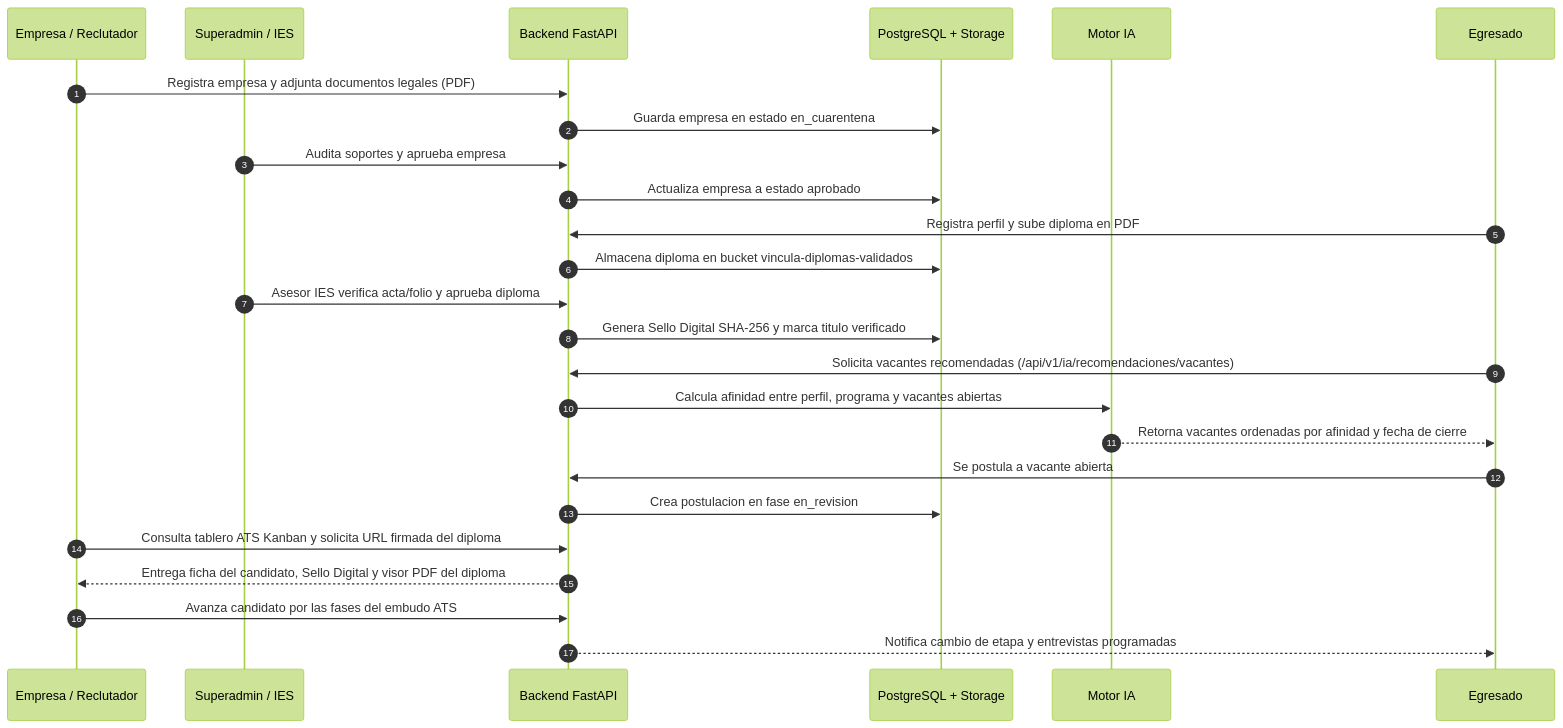
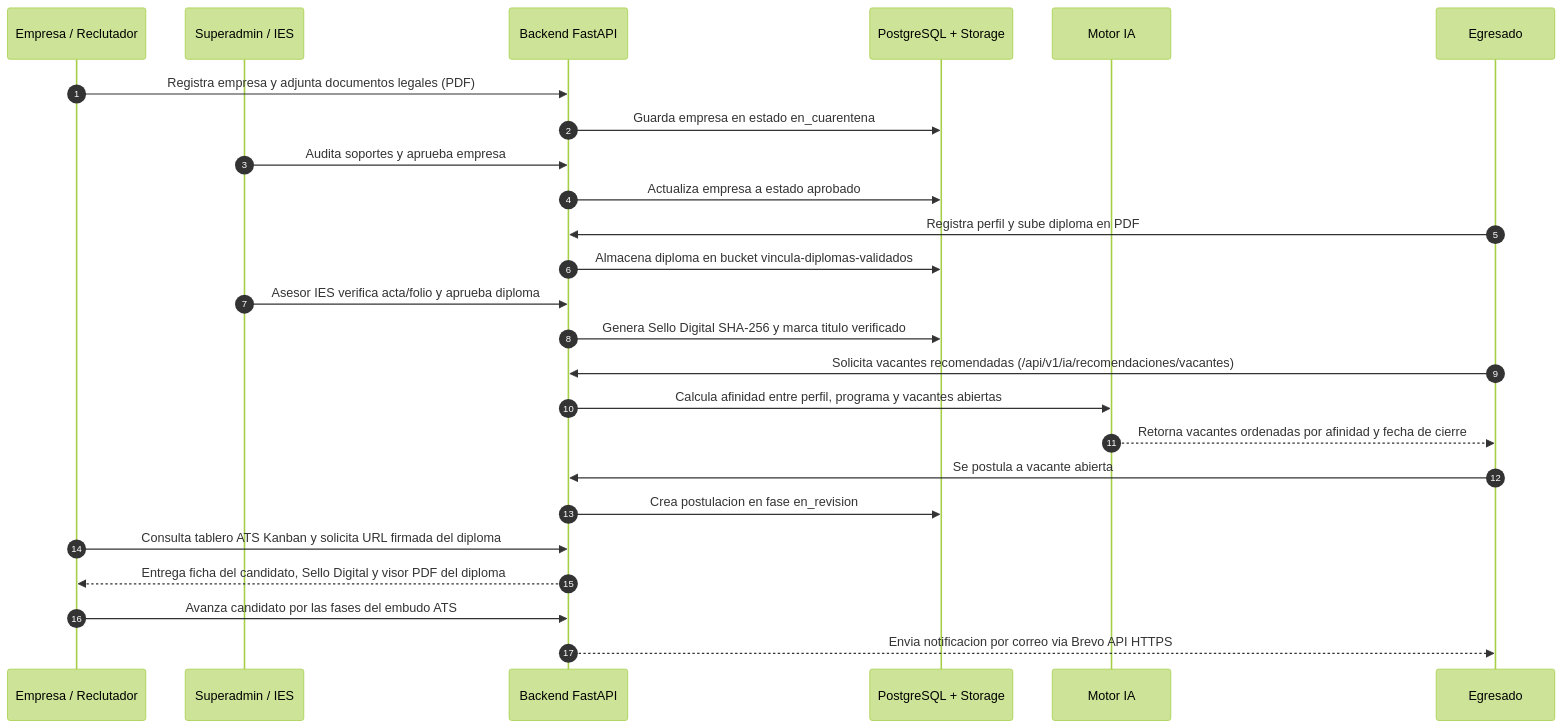
The third of 3 diagrams in docs/diagrama_arquitectura_vincula.md (JaiderBadillo/Vincula), drawn with Mermaid (forest theme) before and after one commit. The commit also changed other lines of this file, not shown here.

Commit message:
docs: remove legacy n8n reference from software architecture diagram

````diff
--- a/docs/diagrama_arquitectura_vincula.md
+++ b/docs/diagrama_arquitectura_vincula.md
@@ -147,31 +145,31 @@
 ```mermaid
 sequenceDiagram
     autonumber
     participant EMP as Empresa / Reclutador
     participant ADM as Superadmin / IES
     participant API as Backend FastAPI
     participant DB as PostgreSQL + Storage
     participant AI as Motor IA
     participant EGR as Egresado
 
     EMP->>API: Registra empresa y adjunta documentos legales (PDF)
     API->>DB: Guarda empresa en estado en_cuarentena
     ADM->>API: Audita soportes y aprueba empresa
     API->>DB: Actualiza empresa a estado aprobado
 
     EGR->>API: Registra perfil y sube diploma en PDF
     API->>DB: Almacena diploma en bucket vincula-diplomas-validados
     ADM->>API: Asesor IES verifica acta/folio y aprueba diploma
     API->>DB: Genera Sello Digital SHA-256 y marca titulo verificado
 
     EGR->>API: Solicita vacantes recomendadas (/api/v1/ia/recomendaciones/vacantes)
     API->>AI: Calcula afinidad entre perfil, programa y vacantes abiertas
     AI-->>EGR: Retorna vacantes ordenadas por afinidad y fecha de cierre
 
     EGR->>API: Se postula a vacante abierta
     API->>DB: Crea postulacion en fase en_revision
     EMP->>API: Consulta tablero ATS Kanban y solicita URL firmada del diploma
     API-->>EMP: Entrega ficha del candidato, Sello Digital y visor PDF del diploma
     EMP->>API: Avanza candidato por las fases del embudo ATS
-    API-->>EGR: Notifica cambio de etapa y entrevistas programadas
+    API-->>EGR: Envia notificacion por correo via Brevo API HTTPS
 ```
````
